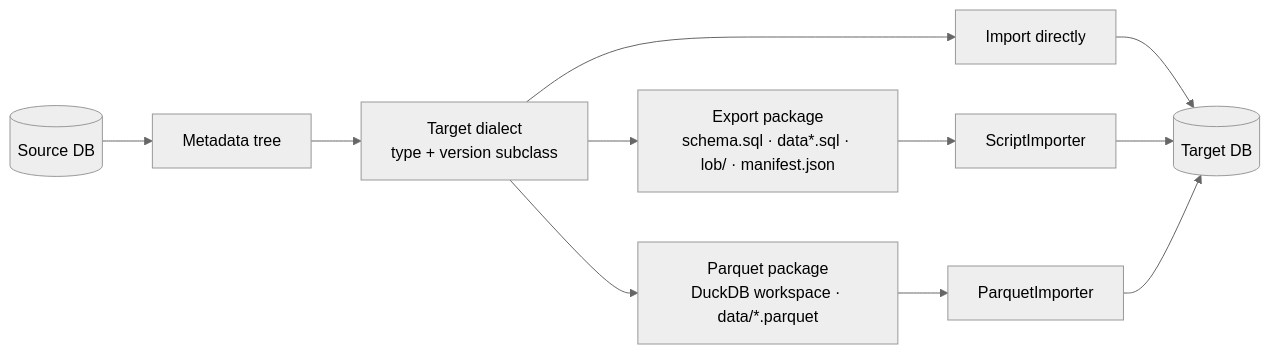
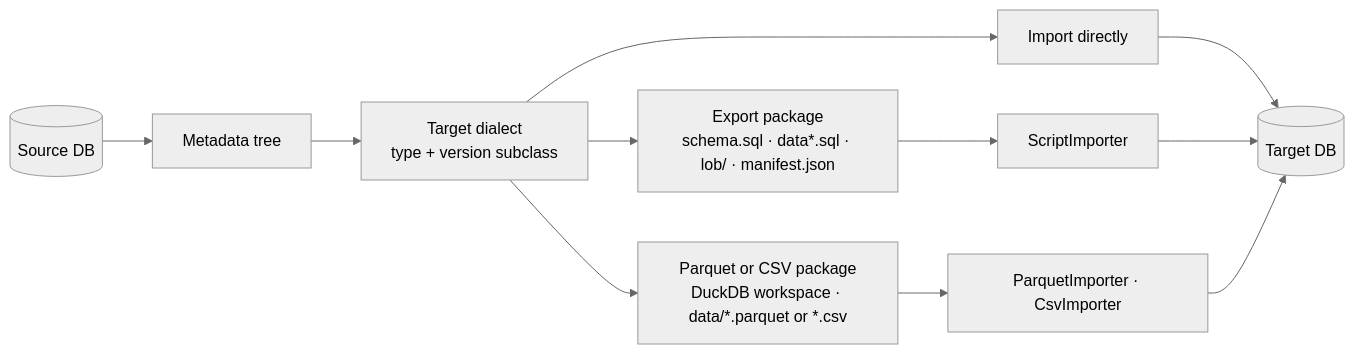
Before and after one commit to paganini2008/sqljam: the diagram in docs/blogger/sqljam-en.md, drawn with Mermaid (neutral theme). The commit also changed other lines of this file and 75 other files, not shown here.

````diff
--- a/docs/blogger/sqljam-en.md
+++ b/docs/blogger/sqljam-en.md
@@ -103,10 +106,10 @@
 ```mermaid
 flowchart LR
     S[(Source DB)] --> T[Metadata tree]
     T --> D[Target dialect<br/>type + version subclass]
     D --> I[Import directly] --> TD[(Target DB)]
     D --> E[Export package<br/>schema.sql · data*.sql · lob/ · manifest.json]
     E --> SI[ScriptImporter] --> TD
-    D --> P[Parquet package<br/>DuckDB workspace · data/*.parquet]
-    P --> PI[ParquetImporter] --> TD
+    D --> P[Parquet or CSV package<br/>DuckDB workspace · data/*.parquet or *.csv]
+    P --> PI[ParquetImporter · CsvImporter] --> TD
 ```
````
